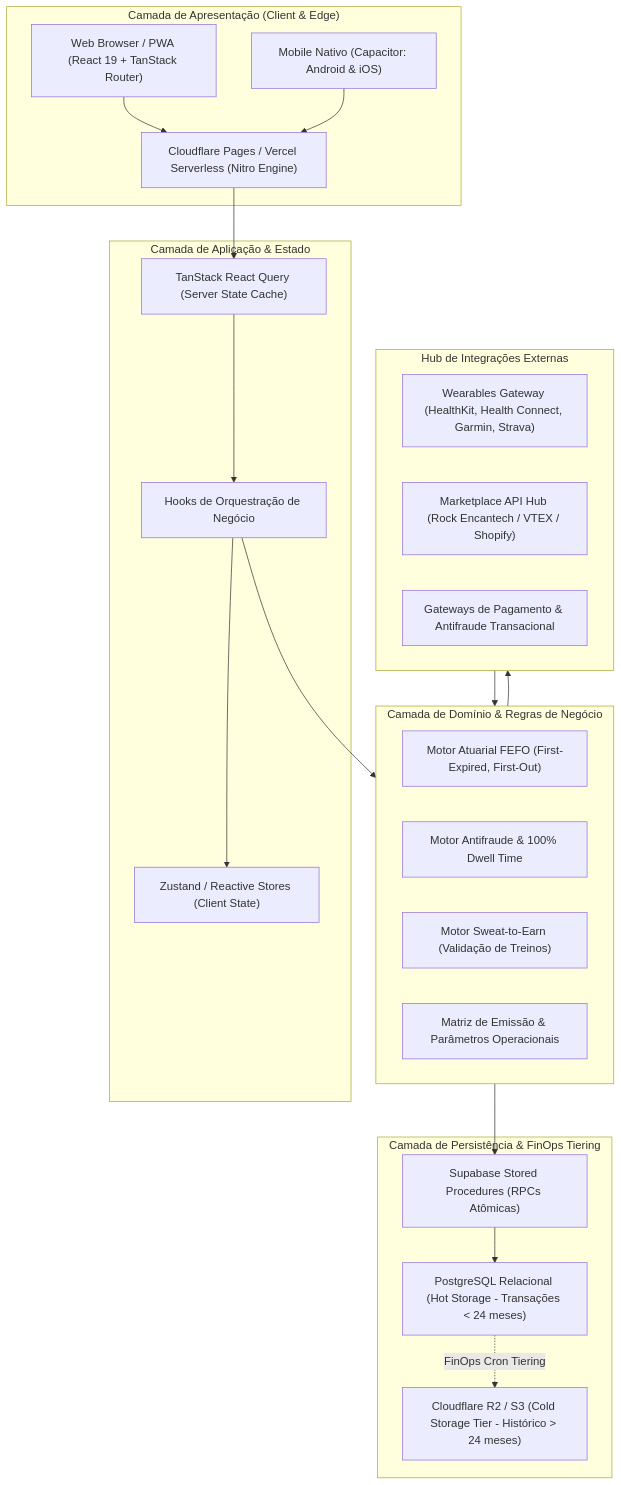
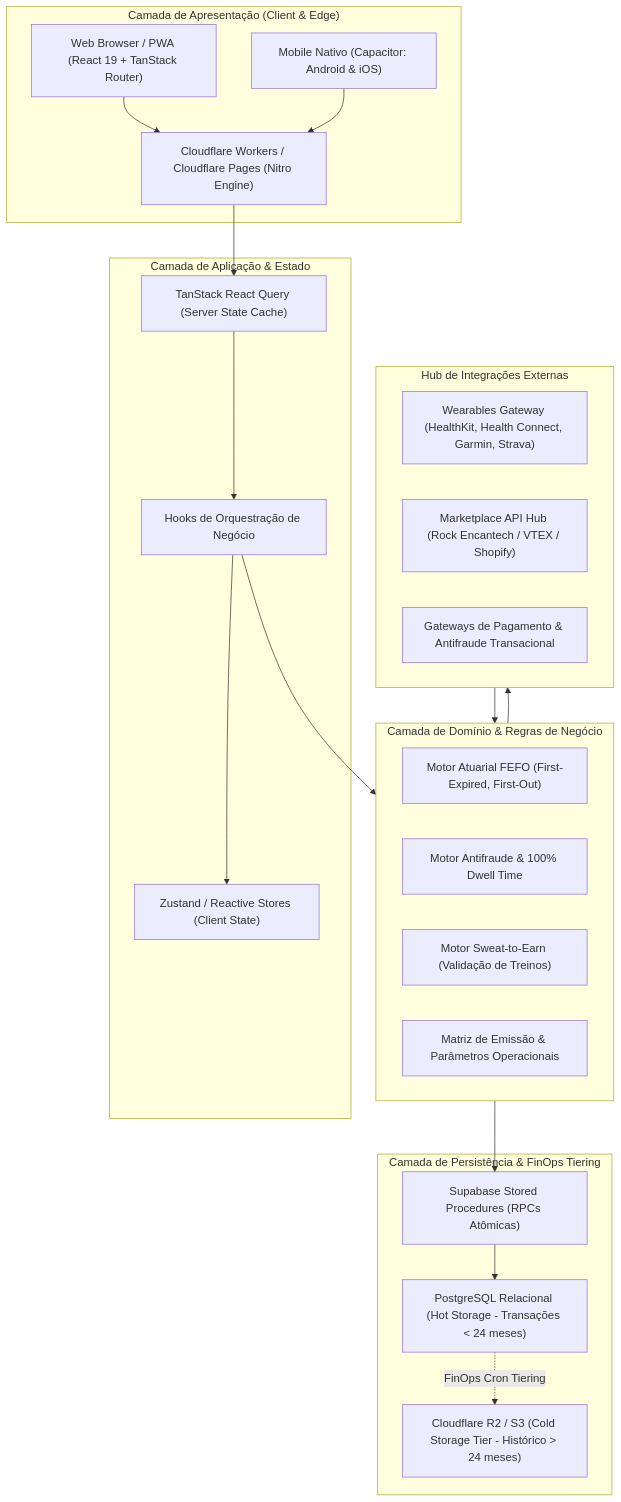
One commit to andre-gallo-nfs/app_netfits changed the first of 3 diagrams in docs/DOCUMENTO_MESTRE_ARQUITETURA.md. Above: the diagram before and after it, drawn with Mermaid. The commit also changed other lines of this file and 3 other files, not shown here.

Commit message:
docs: update architecture, engineering conventions, investor pitch and multi-agent pdf generator

````diff
--- a/docs/DOCUMENTO_MESTRE_ARQUITETURA.md
+++ b/docs/DOCUMENTO_MESTRE_ARQUITETURA.md
@@ -15,45 +15,45 @@
 ```mermaid
 flowchart TD
     subgraph ClientLayer["Camada de Apresentação (Client & Edge)"]
         WebClient["Web Browser / PWA (React 19 + TanStack Router)"]
         MobileApp["Mobile Nativo (Capacitor: Android & iOS)"]
-        EdgeSSR["Cloudflare Pages / Vercel Serverless (Nitro Engine)"]
+        EdgeSSR["Cloudflare Workers / Cloudflare Pages (Nitro Engine)"]
     end
 
     subgraph AppLayer["Camada de Aplicação & Estado"]
         TanStackQuery["TanStack React Query (Server State Cache)"]
         AppStores["Zustand / Reactive Stores (Client State)"]
         CustomHooks["Hooks de Orquestração de Negócio"]
     end
 
     subgraph DomainLayer["Camada de Domínio & Regras de Negócio"]
         FEFOEngine["Motor Atuarial FEFO (First-Expired, First-Out)"]
         Antifraud["Motor Antifraude & 100% Dwell Time"]
         SweatToEarn["Motor Sweat-to-Earn (Validação de Treinos)"]
         LoyaltyRules["Matriz de Emissão & Parâmetros Operacionais"]
     end
 
     subgraph GatewayLayer["Hub de Integrações Externas"]
         WearablesHub["Wearables Gateway (HealthKit, Health Connect, Garmin, Strava)"]
         MkplaceHub["Marketplace API Hub (Rock Encantech / VTEX / Shopify)"]
         PaymentHub["Gateways de Pagamento & Antifraude Transacional"]
     end
 
     subgraph DataLayer["Camada de Persistência & FinOps Tiering"]
         SupabaseRPC["Supabase Stored Procedures (RPCs Atômicas)"]
         PostgresHot["PostgreSQL Relacional (Hot Storage - Transações < 24 meses)"]
         ColdStorage["Cloudflare R2 / S3 (Cold Storage Tier - Histórico > 24 meses)"]
     end
 
     WebClient --> EdgeSSR
     MobileApp --> EdgeSSR
     EdgeSSR --> TanStackQuery
     TanStackQuery --> CustomHooks
     CustomHooks --> AppStores
     CustomHooks --> DomainLayer
     DomainLayer --> GatewayLayer
     DomainLayer --> SupabaseRPC
     SupabaseRPC --> PostgresHot
     PostgresHot -.->|FinOps Cron Tiering| ColdStorage
     GatewayLayer --> DomainLayer
 ```
````
